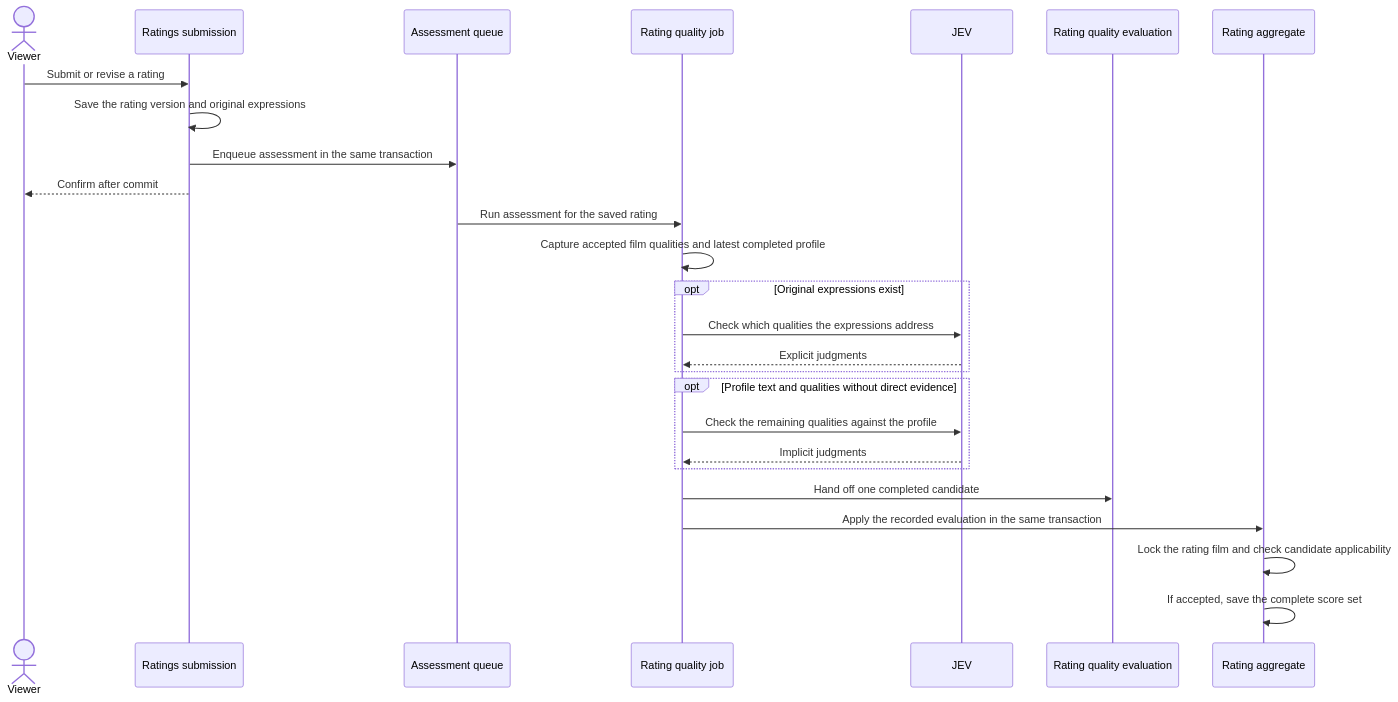
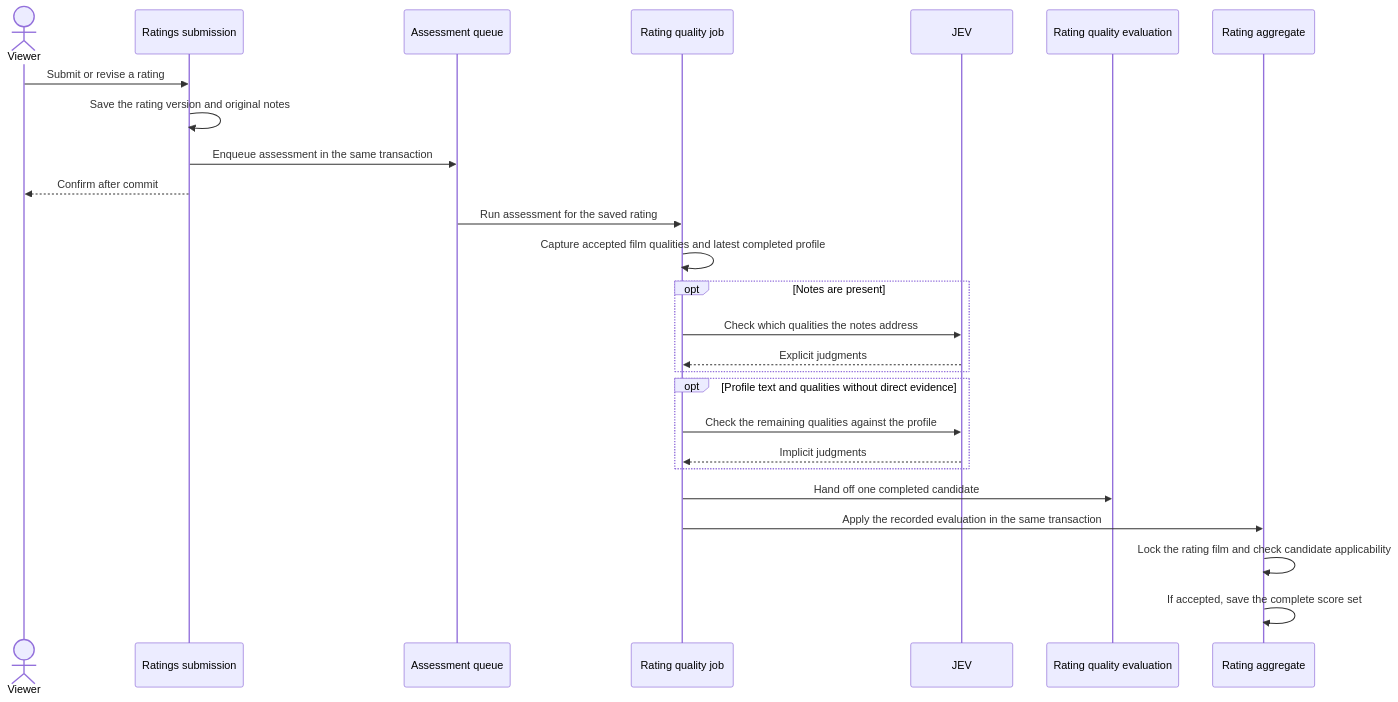
One commit to adambelton/glutton changed the second of 6 diagrams in docs/ratings_scoring_design.md. Above: the diagram before and after it, drawn with Mermaid. The commit also changed other lines of this file and 100 other files, not shown here.

````diff
--- a/docs/ratings_scoring_design.md
+++ b/docs/ratings_scoring_design.md
@@ -63,29 +63,29 @@
 ```mermaid
 sequenceDiagram
     actor Viewer
     participant Ratings as Ratings submission
     participant Queue as Assessment queue
     participant Job as Rating quality job
     participant JEV
     participant Eval as Rating quality evaluation
     participant Rating as Rating aggregate
 
     Viewer->>Ratings: Submit or revise a rating
-    Ratings->>Ratings: Save the rating version and original expressions
+    Ratings->>Ratings: Save the rating version and original notes
     Ratings->>Queue: Enqueue assessment in the same transaction
     Ratings-->>Viewer: Confirm after commit
     Queue->>Job: Run assessment for the saved rating
     Job->>Job: Capture accepted film qualities and latest completed profile
-    opt Original expressions exist
-        Job->>JEV: Check which qualities the expressions address
+    opt Notes are present
+        Job->>JEV: Check which qualities the notes address
         JEV-->>Job: Explicit judgments
     end
     opt Profile text and qualities without direct evidence
         Job->>JEV: Check the remaining qualities against the profile
         JEV-->>Job: Implicit judgments
     end
     Job->>Eval: Hand off one completed candidate
     Job->>Rating: Apply the recorded evaluation in the same transaction
     Rating->>Rating: Lock the rating film and check candidate applicability
     Rating->>Rating: If accepted, save the complete score set
 ```
````
